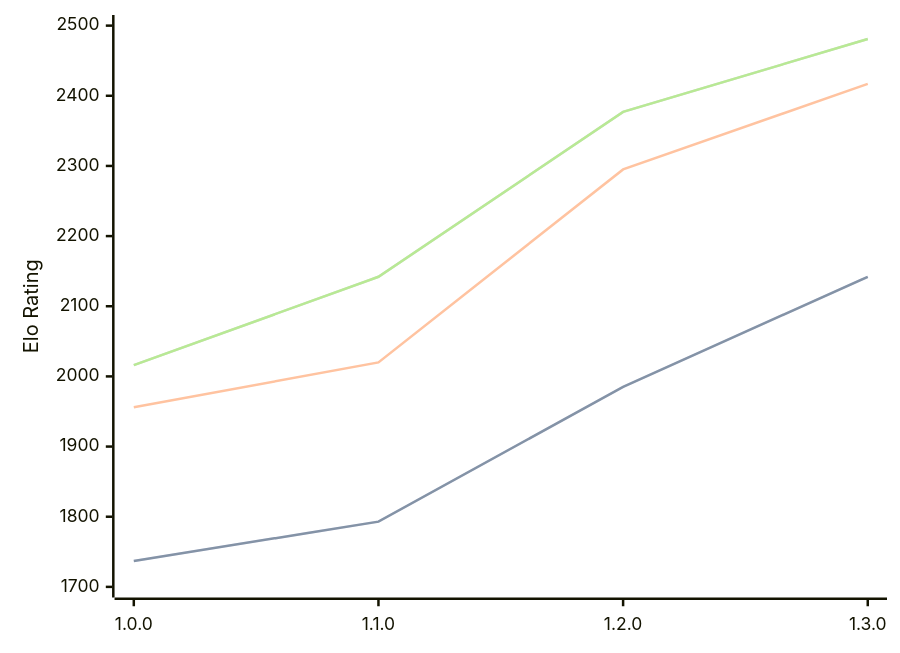
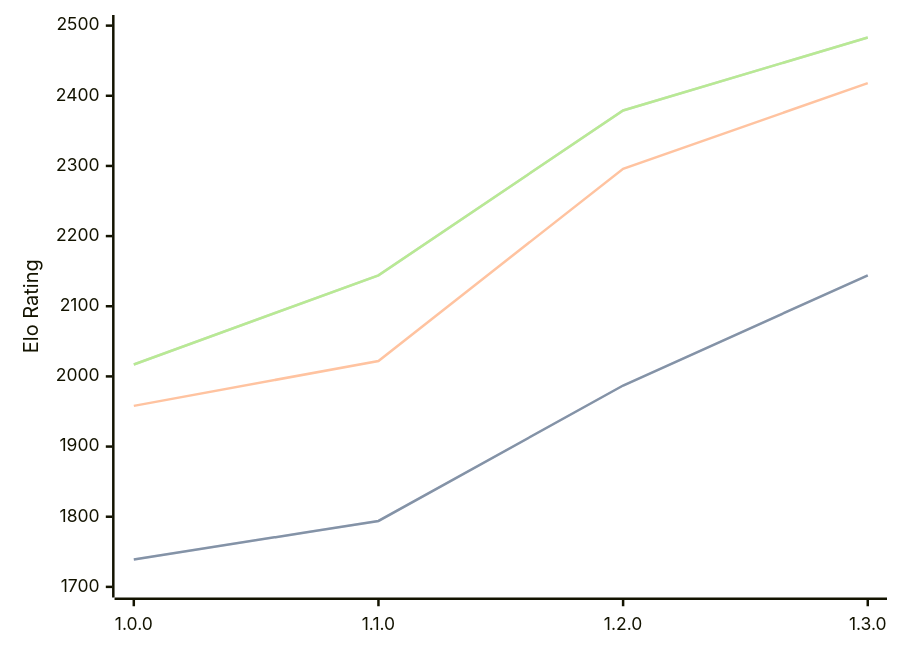
One commit to computer-chess-index/cci changed the diagram in engines/Anodos.md. Above: the diagram before and after it, drawn with Mermaid. The commit also changed other lines of this file, not shown here.

Commit message:
Update CCI Ratings (ELO VLTC) - 2026-08-09

````diff
--- a/engines/Anodos.md
+++ b/engines/Anodos.md
@@ -34,11 +34,11 @@
 ```mermaid
 %%{init: {"theme":"base","themeVariables":{"seriesColors:['#a3a3a3','#222221','#faa371']}}}%%
 xychart-beta
   x-axis ["1.0.0", "1.1.0", "1.2.0", "1.3.0"]
   y-axis "Elo Rating" 1700 --> 2500
-  line "STC (8.0+0.08s)" [1737, 1793, 1985, 2142]
-  line "STC (8.0+0.08s)" [1737, 1793, 1985, 2142]
-  line "LTC (60.0+0.60s)" [1956, 2020, 2295, 2417]
-  line "VLTC (2m24s+1.12s)" [2016, 2142, 2377, 2481]
-  line "VLTC (2m24s+1.12s)" [2016, 2142, 2377, 2481]
+  line "STC (8.0+0.08s)" [1739, 1794, 1987, 2144]
+  line "STC (8.0+0.08s)" [1739, 1794, 1987, 2144]
+  line "LTC (60.0+0.60s)" [1958, 2022, 2296, 2418]
+  line "VLTC (2m24s+1.12s)" [2017, 2144, 2379, 2483]
+  line "VLTC (2m24s+1.12s)" [2017, 2144, 2379, 2483]
 ```
````
